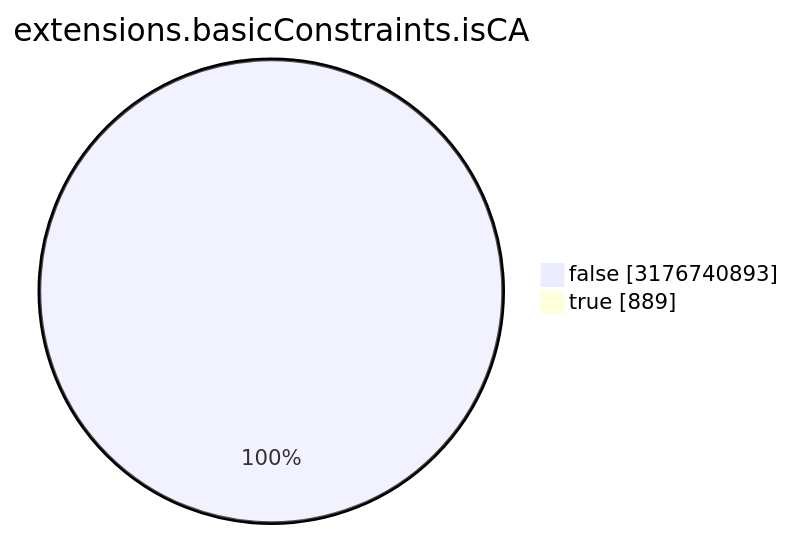
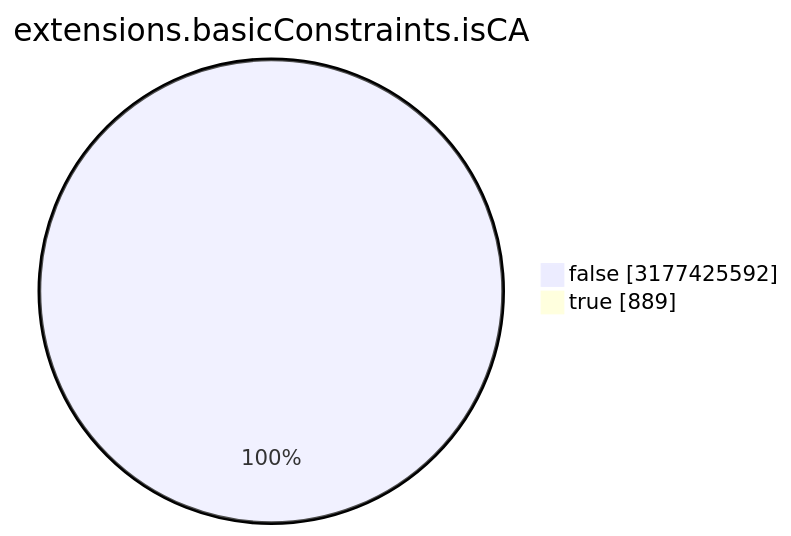
The seventh of 15 diagrams in TOTAL/README.md (christiankrug/ctmonitor_visualization), drawn with Mermaid before and after one commit. The commit also changed other lines of this file, not shown here.

````diff
--- a/TOTAL/README.md
+++ b/TOTAL/README.md
@@ -3088,6 +3088,6 @@
 ```mermaid
 pie showData
 title extensions.basicConstraints.isCA
-"false" :3176740893
+"false" :3177425592
 "true" :889
 ```
````
